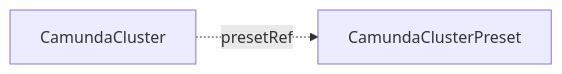
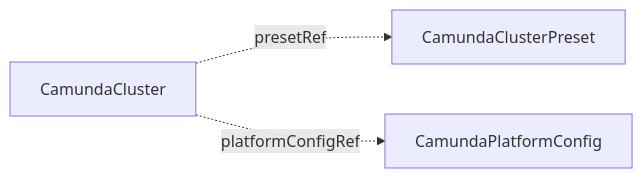
The diagram in docs/crds/camundaclusterpreset.md (konsole-is/camunda-operator), drawn with Mermaid before and after one commit. The commit also changed other lines of this file and 30 other files, not shown here.

````diff
--- a/docs/crds/camundaclusterpreset.md
+++ b/docs/crds/camundaclusterpreset.md
@@ -31,4 +15,5 @@
 ```mermaid
 graph LR
     CC[CamundaCluster] -.->|presetRef| CCP[CamundaClusterPreset]
+    CC -.->|platformConfigRef| PFC[CamundaPlatformConfig]
 ```
````
